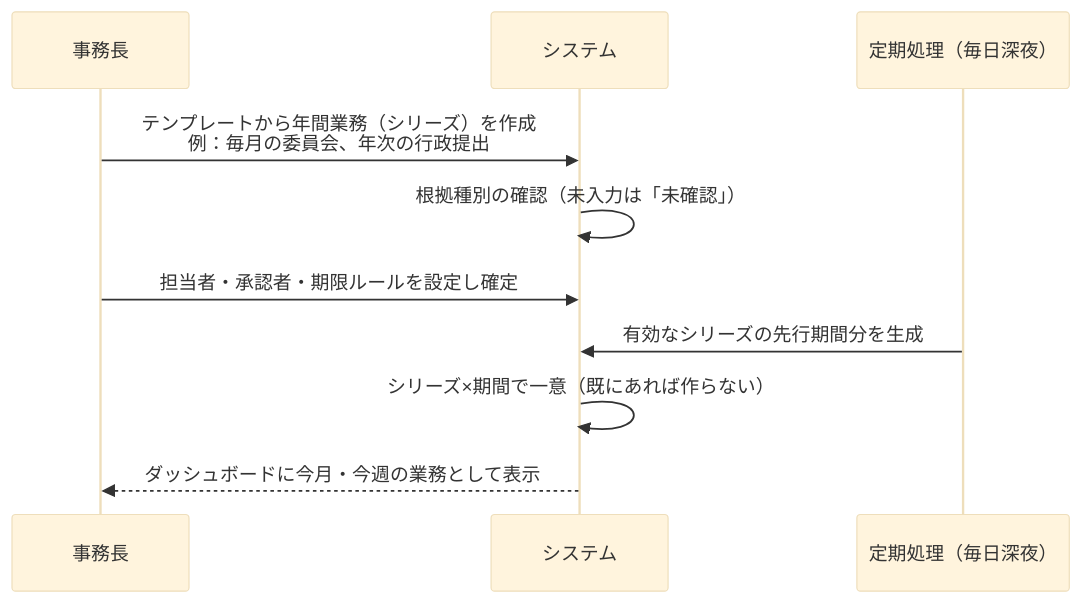
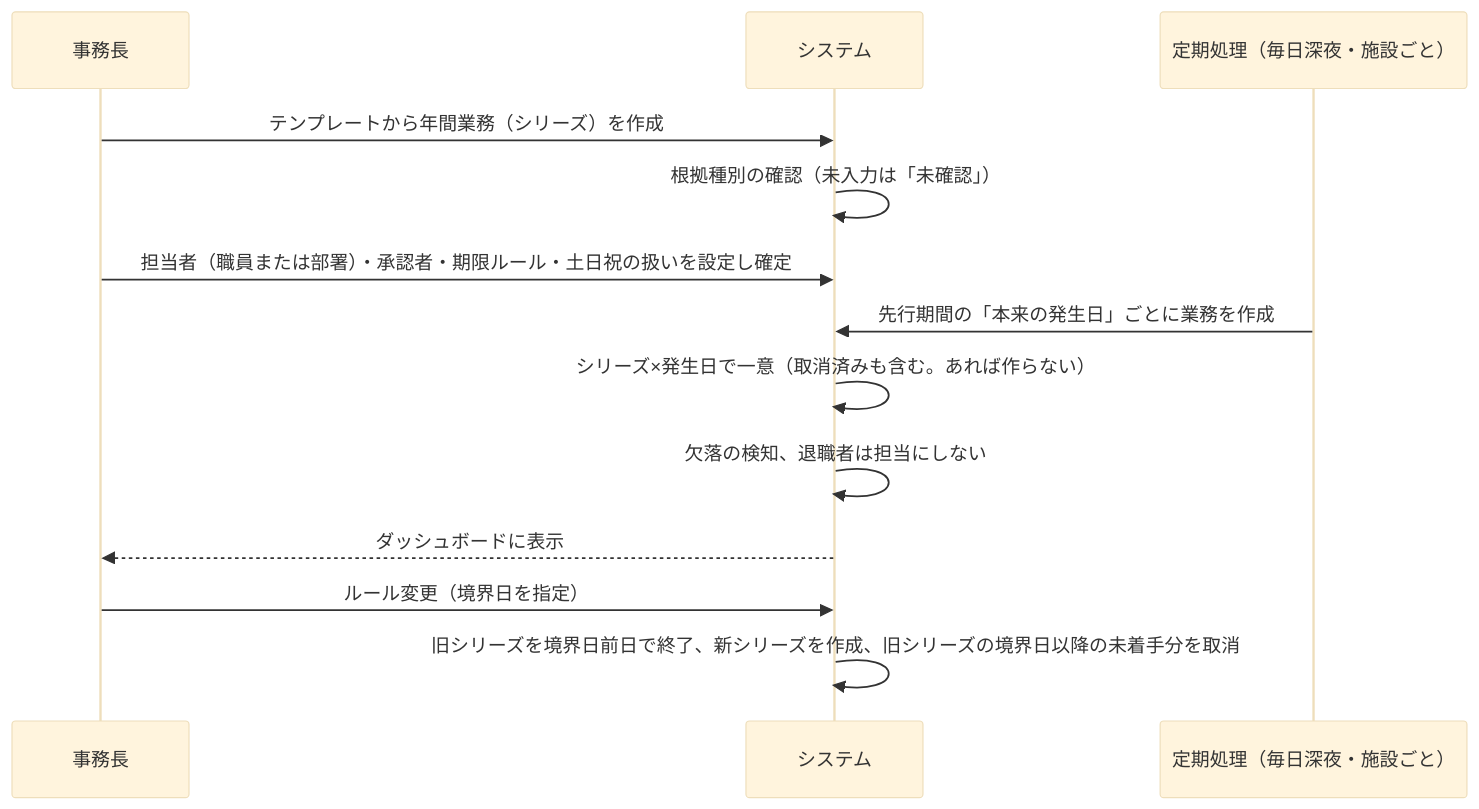
Before and after one commit to mao726/company: the second of 11 diagrams in ai-facility-partner/docs/product/user-flows.md, drawn with Mermaid (base theme). The commit also changed other lines of this file and 22 other files, not shown here.

````diff
--- a/ai-facility-partner/docs/product/user-flows.md
+++ b/ai-facility-partner/docs/product/user-flows.md
@@ -19,12 +22,15 @@
 ```mermaid
 sequenceDiagram
   participant M as 事務長
   participant S as システム
-  participant J as 定期処理（毎日深夜）
-  M->>S: テンプレートから年間業務（シリーズ）を作成<br/>例：毎月の委員会、年次の行政提出
+  participant J as 定期処理（毎日深夜・施設ごと）
+  M->>S: テンプレートから年間業務（シリーズ）を作成
   S->>S: 根拠種別の確認（未入力は「未確認」）
-  M->>S: 担当者・承認者・期限ルールを設定し確定
-  J->>S: 有効なシリーズの先行期間分を生成
-  S->>S: シリーズ×期間で一意（既にあれば作らない）
-  S-->>M: ダッシュボードに今月・今週の業務として表示
+  M->>S: 担当者（職員または部署）・承認者・期限ルール・土日祝の扱いを設定し確定
+  J->>S: 先行期間の「本来の発生日」ごとに業務を作成
+  S->>S: シリーズ×発生日で一意（取消済みも含む。あれば作らない）
+  S->>S: 欠落の検知、退職者は担当にしない
+  S-->>M: ダッシュボードに表示
+  M->>S: ルール変更（境界日を指定）
+  S->>S: 旧シリーズを境界日前日で終了、新シリーズを作成、旧シリーズの境界日以降の未着手分を取消
 ```
````
